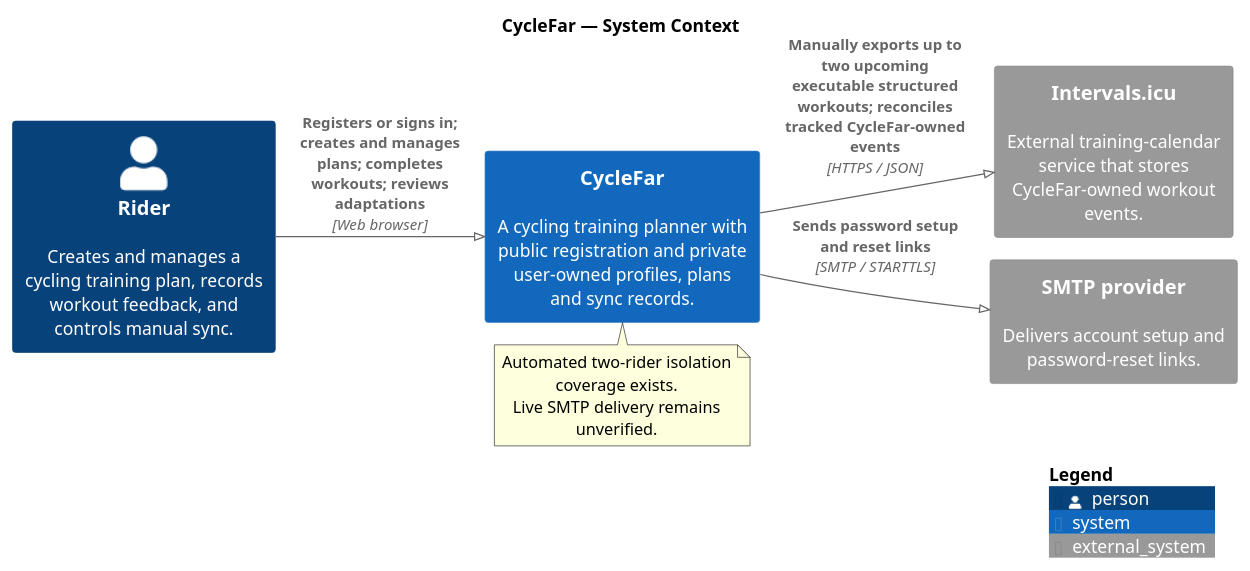
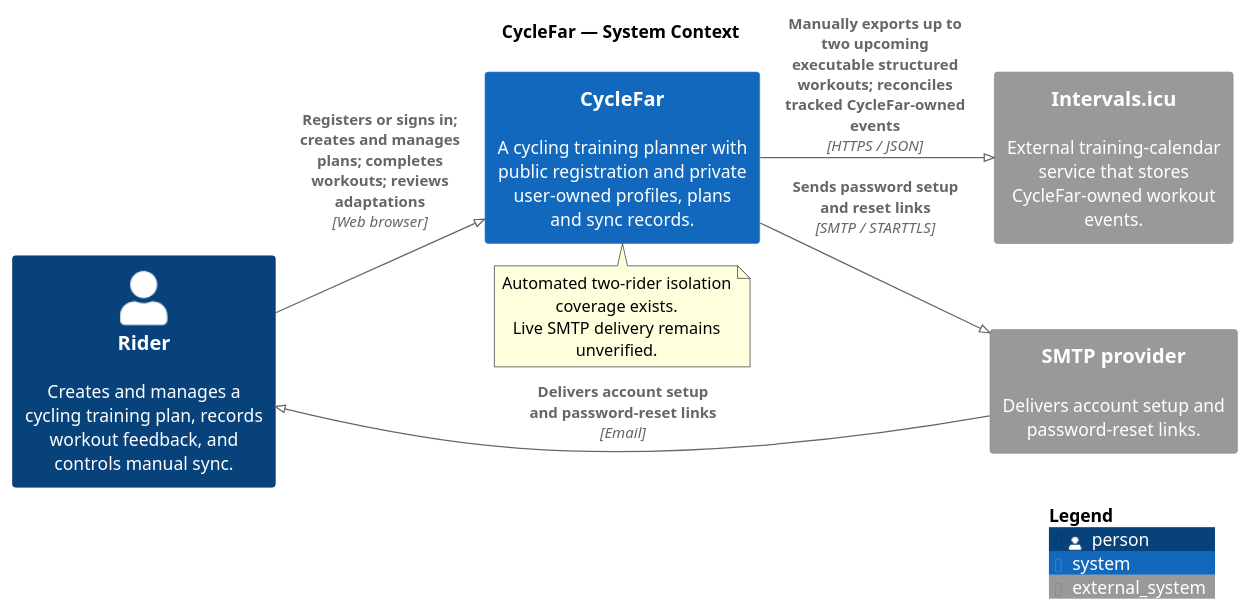
Before and after one commit to richardhartme/cyclefar: the diagram in docs/diagrams/context-cyclefar-system.puml, drawn with PlantUML. The commit also changed 20 other files, not shown here.

Commit message:
Updated diagrams

```diff
--- a/docs/diagrams/context-cyclefar-system.puml
+++ b/docs/diagrams/context-cyclefar-system.puml
@@ -1,27 +1,28 @@
 @startuml
 !pragma layout smetana
 ' Scope and limitations: README.md
 !include https://raw.githubusercontent.com/plantuml-stdlib/C4-PlantUML/master/C4_Context.puml
 
 title CycleFar — System Context
 
 LAYOUT_LEFT_RIGHT()
 
 Person(rider, "Rider", "Creates and manages a cycling training plan, records workout feedback, and controls manual sync.")
 
 System(cyclefar, "CycleFar", "A cycling training planner with public registration and private user-owned profiles, plans and sync records.")
 
 System_Ext(intervals_icu, "Intervals.icu", "External training-calendar service that stores CycleFar-owned workout events.")
 System_Ext(smtp, "SMTP provider", "Delivers account setup and password-reset links.")
 
 Rel(rider, cyclefar, "Registers or signs in; creates and manages plans; completes workouts; reviews adaptations", "Web browser")
 Rel(cyclefar, intervals_icu, "Manually exports up to two upcoming executable structured workouts; reconciles tracked CycleFar-owned events", "HTTPS / JSON")
 Rel(cyclefar, smtp, "Sends password setup and reset links", "SMTP / STARTTLS")
+Rel(smtp, rider, "Delivers account setup and password-reset links", "Email")
 
 note bottom of cyclefar
   Automated two-rider isolation coverage exists.
   Live SMTP delivery remains unverified.
 end note
 
 SHOW_LEGEND()
 @enduml
```
